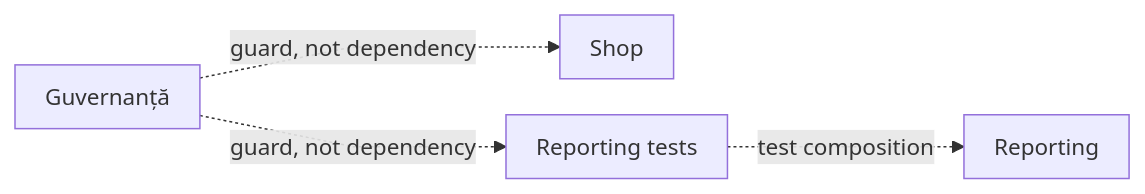
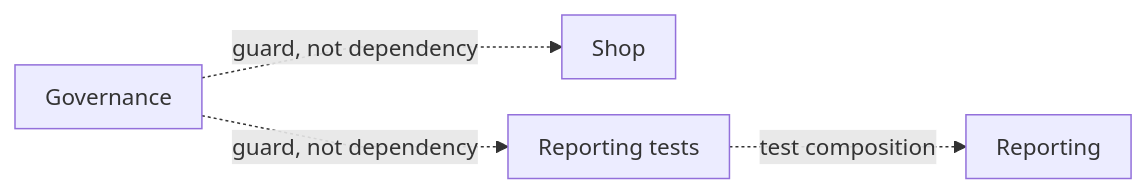
The second of 12 diagrams in docs/ATF_Architecture.md (crististefanita/atf_j0), drawn with Mermaid before and after one commit. The commit also changed other lines of this file and 113 other files, not shown here.

````diff
--- a/docs/ATF_Architecture.md
+++ b/docs/ATF_Architecture.md
@@ -88,7 +86,7 @@
 ```mermaid
 %%{init: {"themeVariables":{"fontSize":"15px"},"themeCSS":".nodeLabel, .nodeLabel p { font-size: 15px !important; line-height: 1.35 !important; } .edgeLabel, .edgeLabel p { font-size: 12px !important; font-weight: 400 !important; line-height: 1.2 !important; } .edgeLabel .labelBkg, .edgeLabel p { background: transparent !important; } .edgeLabel foreignObject { transform: translateY(-18px); overflow: visible; } .node rect { rx: 6px; ry: 6px; }","flowchart":{"curve":"linear","nodeSpacing":24,"rankSpacing":40,"padding":10,"diagramPadding":16}}}%%
 flowchart LR
-    Governance["Guvernanță"] -.->|guard, not dependency| Shop["Shop"]
+    Governance["Governance"] -.->|guard, not dependency| Shop["Shop"]
     Governance -.->|guard, not dependency| ReportingTests["Reporting tests"]
     ReportingTests -.->|test composition| Reporting["Reporting"]
 ```
````
